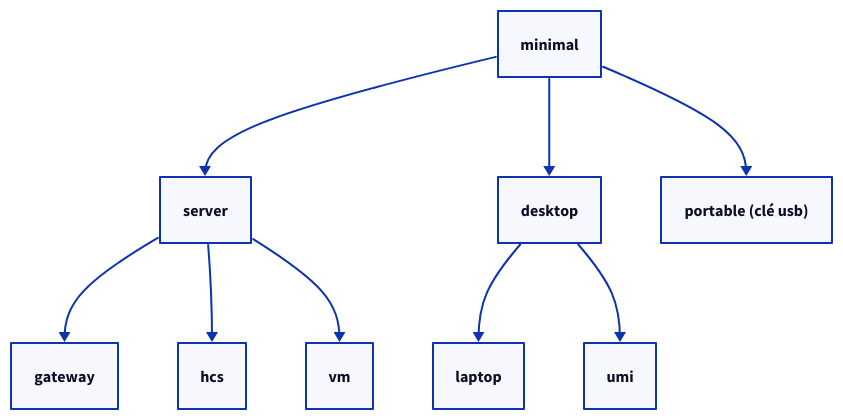
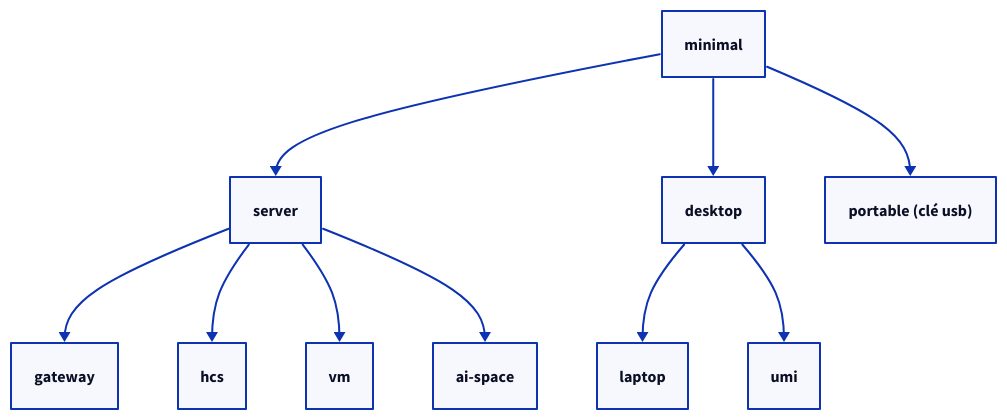
One commit to darkone-linux/dnf-doc changed the diagram in src/content/docs/fr/doc/admin-guide/understand/host-profiles.mdx. Above: the diagram before and after it, drawn with D2. The commit also changed other lines of this file and 2 other files, not shown here.

Commit message:
docs(microvm): microVM guests, ai-space profile, isolated hosts

````diff
--- a/src/content/docs/fr/doc/admin-guide/understand/host-profiles.mdx
+++ b/src/content/docs/fr/doc/admin-guide/understand/host-profiles.mdx
@@ -20,25 +20,27 @@
 ```d2
 style.fill: transparent
 direction: down
 
 minimal: minimal
 
 server: server
 desktop: desktop
 portable: portable (clé usb)
 
 gateway: gateway
 hcs: hcs
 vm: vm
+ai-space: ai-space
 laptop: laptop
 umi: umi
 
 minimal -> server
 minimal -> desktop
 minimal -> portable
 server -> gateway
 server -> hcs
 server -> vm
+server -> ai-space
 desktop -> laptop
 desktop -> umi
 ```
````
